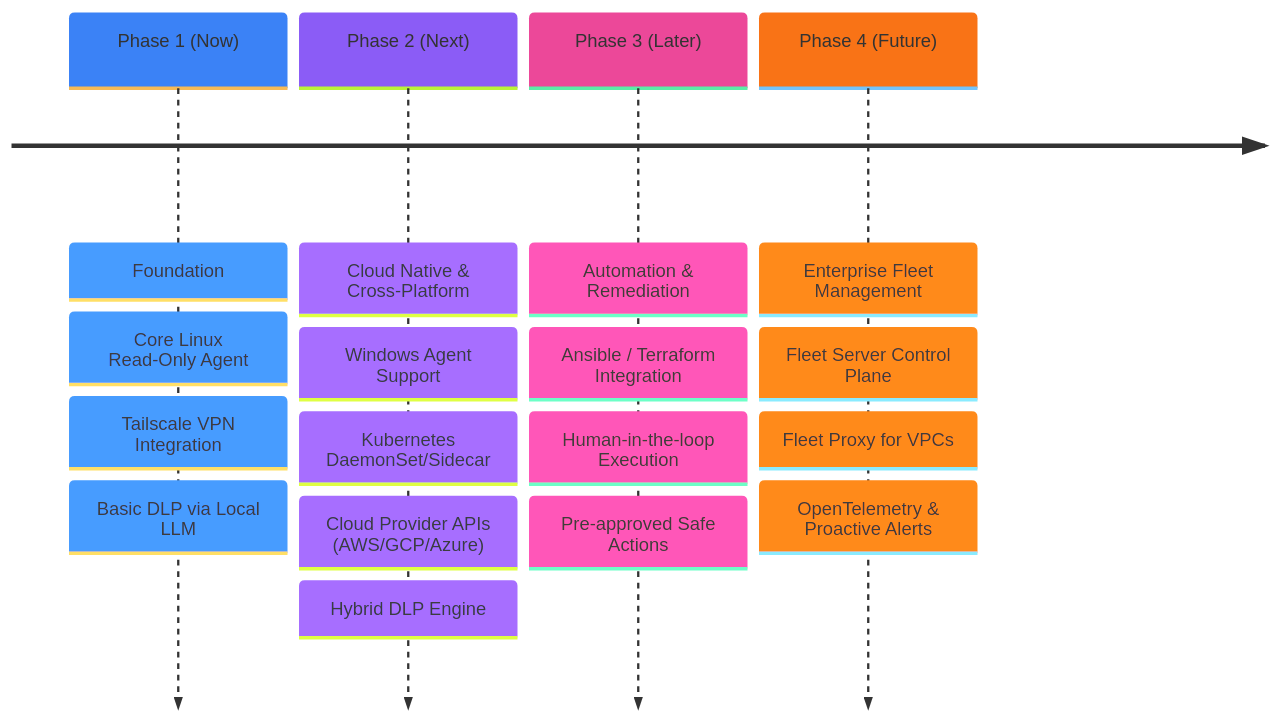
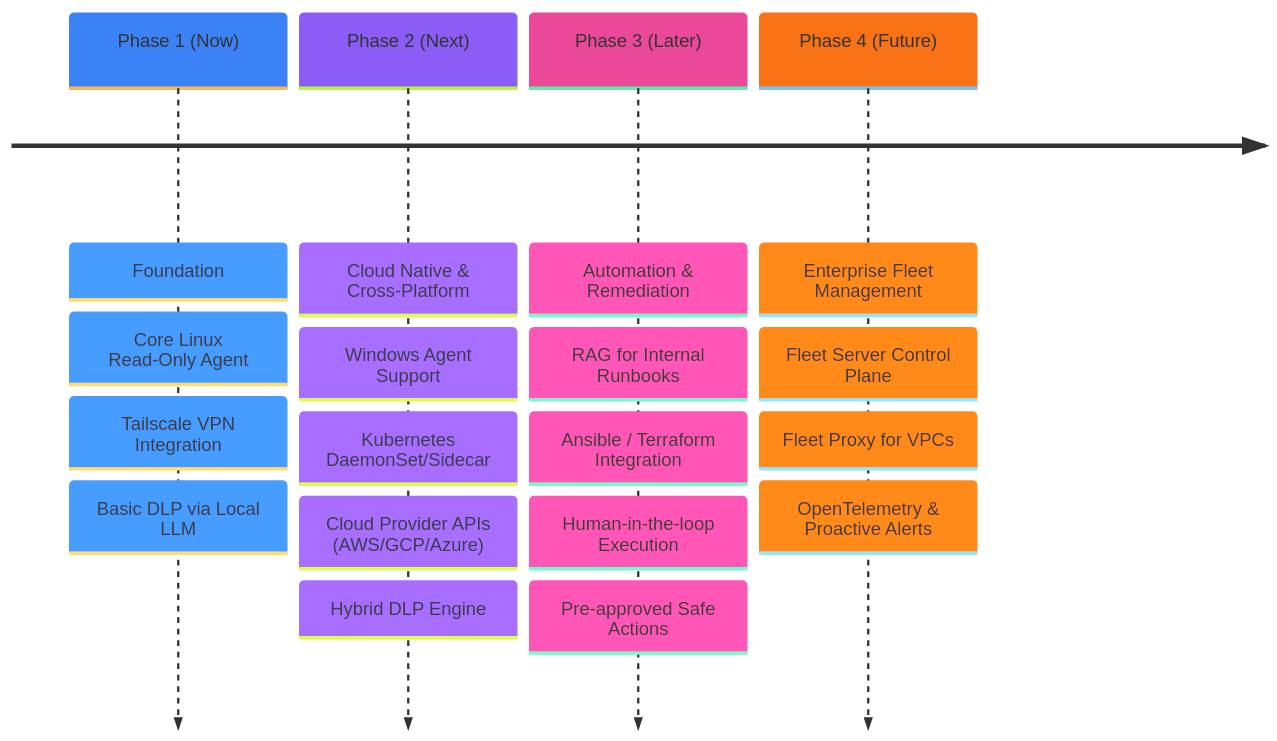
The third of 3 diagrams in README.md (codeduy/mcp-sys-agent), drawn with Mermaid before and after one commit.

Commit message:
docs: update roadmap

````diff
--- a/README.md
+++ b/README.md
@@ -72,28 +72,29 @@
 ```mermaid
 %%{init: { 'theme': 'base', 'themeVariables': { 'cScale0': '#3b82f6', 'cScale1': '#8b5cf6', 'cScale2': '#ec4899', 'cScale3': '#f97316' } } }%%
 timeline
     Phase 1 (Now)
         : Foundation
         : Core Linux Read-Only Agent
         : Tailscale VPN Integration
         : Basic DLP via Local LLM
         
     Phase 2 (Next)
         : Cloud Native & Cross-Platform
         : Windows Agent Support
         : Kubernetes DaemonSet/Sidecar
         : Cloud Provider APIs (AWS/GCP/Azure)
         : Hybrid DLP Engine
         
     Phase 3 (Later)
         : Automation & Remediation
+        : RAG for Internal Runbooks
         : Ansible / Terraform Integration
         : Human-in-the-loop Execution
         : Pre-approved Safe Actions
         
     Phase 4 (Future)
         : Enterprise Fleet Management
         : Fleet Server Control Plane
         : Fleet Proxy for VPCs
         : OpenTelemetry & Proactive Alerts
 ```
````
